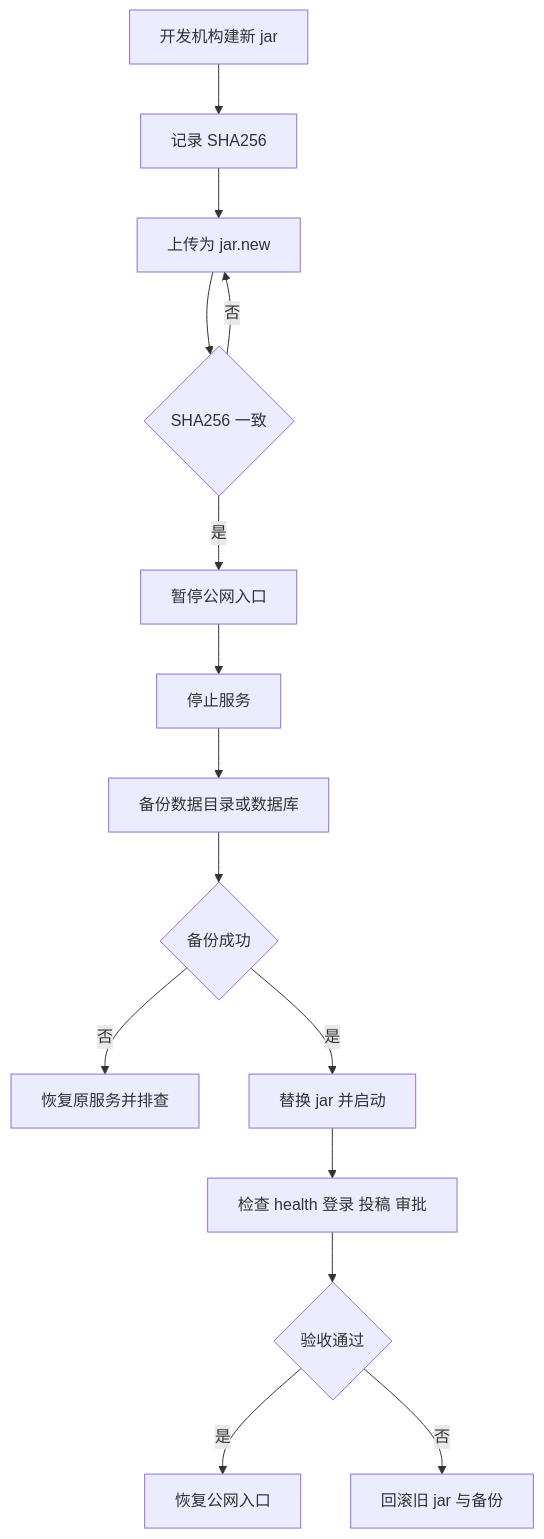
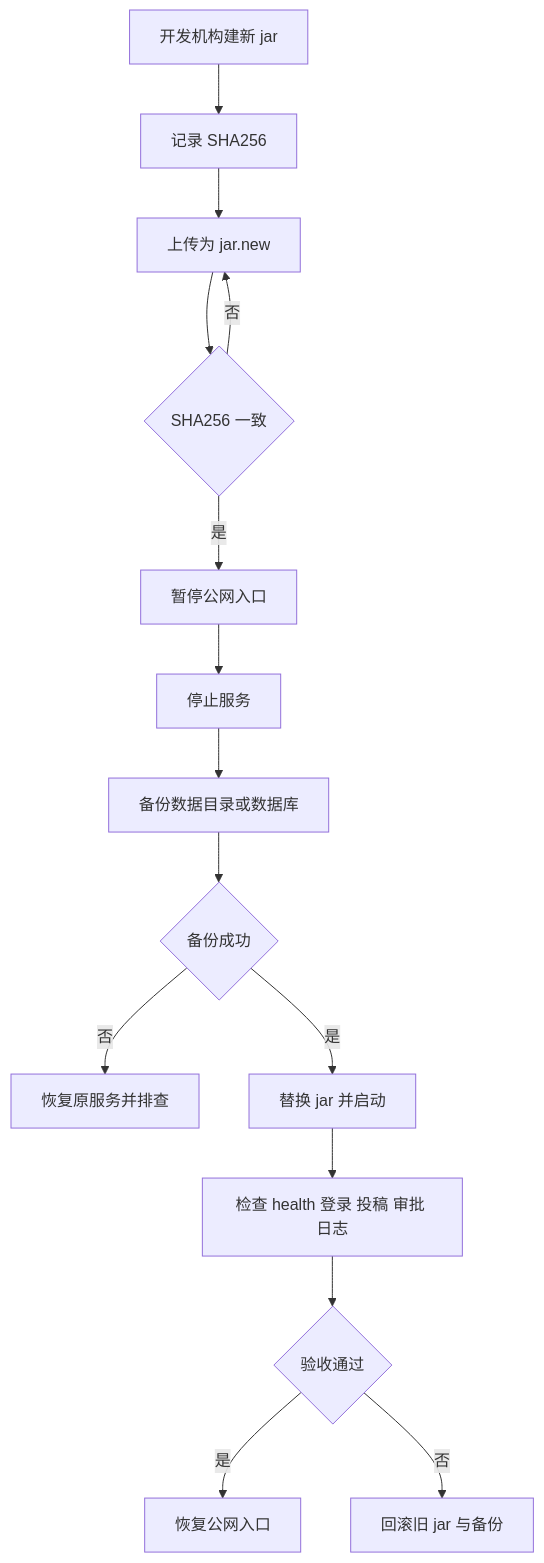
Before and after one commit to xHua0904/cczx-RadioStation: the tenth of 11 diagrams in README.md, drawn with Mermaid. The commit also changed other lines of this file and 36 other files, not shown here.

````diff
--- a/README.md
+++ b/README.md
@@ -1033,17 +1144,17 @@
 ```mermaid
 flowchart TD
     A["开发机构建新 jar"] --> B["记录 SHA256"]
     B --> C["上传为 jar.new"]
     C --> D{"SHA256 一致"}
     D -->|"否"| C
     D -->|"是"| E["暂停公网入口"]
     E --> F["停止服务"]
     F --> G["备份数据目录或数据库"]
     G --> H{"备份成功"}
     H -->|"否"| I["恢复原服务并排查"]
     H -->|"是"| J["替换 jar 并启动"]
-    J --> K["检查 health 登录 投稿 审批"]
+    J --> K["检查 health 登录 投稿 审批 日志"]
     K --> L{"验收通过"}
     L -->|"是"| M["恢复公网入口"]
     L -->|"否"| N["回滚旧 jar 与备份"]
 ```
````
